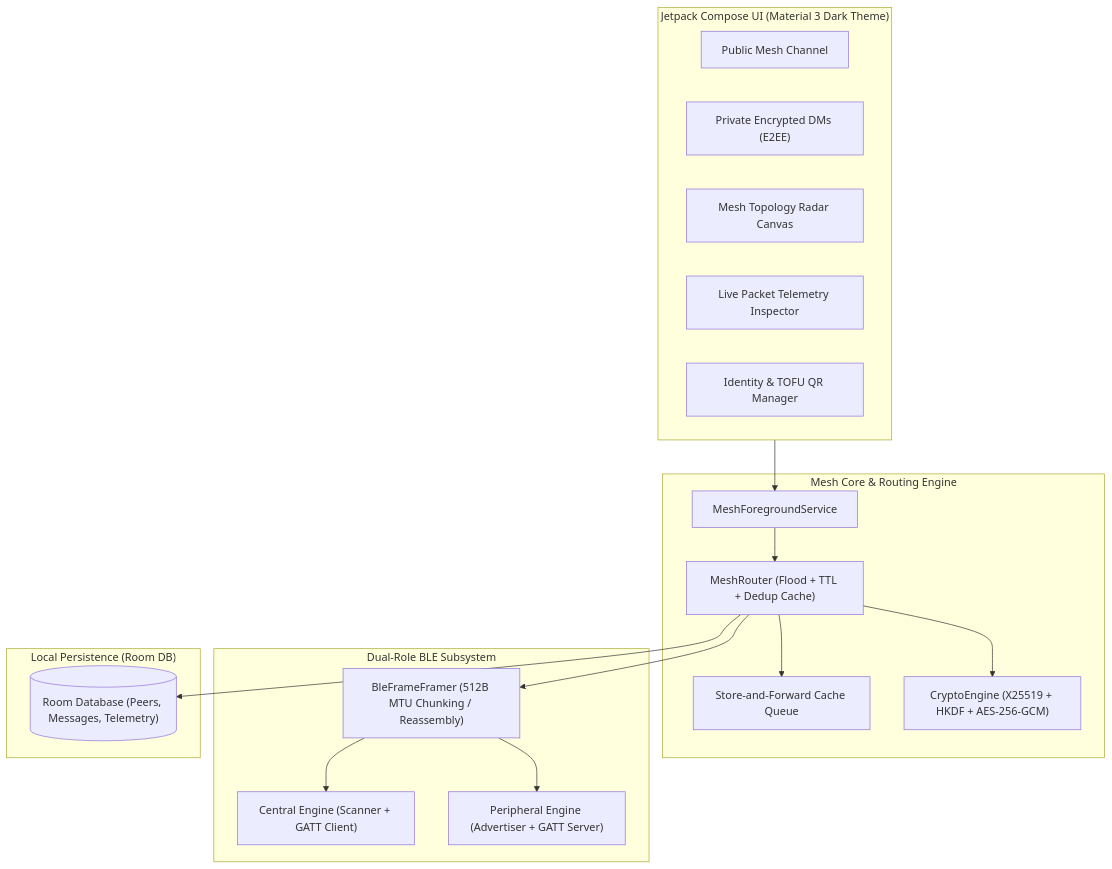
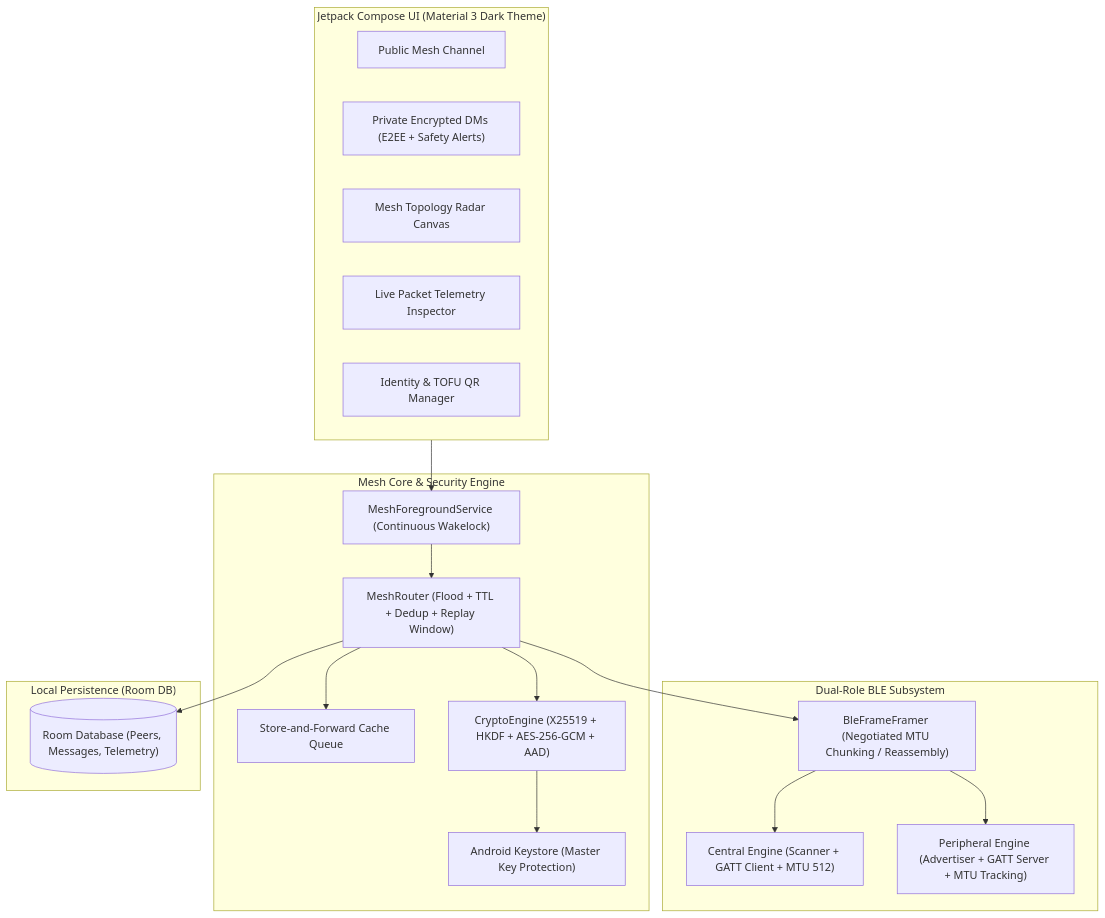
Before and after one commit to gintama1018/BIT-FOR-US: the first of 2 diagrams in README.md, drawn with Mermaid. The commit also changed other lines of this file and 14 other files, not shown here.

Commit message:
feat(security): WhatsApp/Signal-grade hardening, AEAD header AAD binding, Keystore encryption, MTU tracking, and TOFU safety alerts

````diff
--- a/README.md
+++ b/README.md
@@ -31,36 +32,38 @@
 ```mermaid
 graph TD
     subgraph UI ["Jetpack Compose UI (Material 3 Dark Theme)"]
         PublicChat["Public Mesh Channel"]
-        DirectChat["Private Encrypted DMs (E2EE)"]
+        DirectChat["Private Encrypted DMs (E2EE + Safety Alerts)"]
         MeshRadar["Mesh Topology Radar Canvas"]
         PacketLog["Live Packet Telemetry Inspector"]
         Identity["Identity & TOFU QR Manager"]
     end
 
-    subgraph Core ["Mesh Core & Routing Engine"]
-        MeshService["MeshForegroundService"]
-        MeshRouter["MeshRouter (Flood + TTL + Dedup Cache)"]
+    subgraph Core ["Mesh Core & Security Engine"]
+        MeshService["MeshForegroundService (Continuous Wakelock)"]
+        MeshRouter["MeshRouter (Flood + TTL + Dedup + Replay Window)"]
         StoreForward["Store-and-Forward Cache Queue"]
-        CryptoEngine["CryptoEngine (X25519 + HKDF + AES-256-GCM)"]
+        CryptoEngine["CryptoEngine (X25519 + HKDF + AES-256-GCM + AAD)"]
+        KeyStore["Android Keystore (Master Key Protection)"]
     end
 
     subgraph BLE ["Dual-Role BLE Subsystem"]
-        Central["Central Engine (Scanner + GATT Client)"]
-        Peripheral["Peripheral Engine (Advertiser + GATT Server)"]
-        Framer["BleFrameFramer (512B MTU Chunking / Reassembly)"]
+        Central["Central Engine (Scanner + GATT Client + MTU 512)"]
+        Peripheral["Peripheral Engine (Advertiser + GATT Server + MTU Tracking)"]
+        Framer["BleFrameFramer (Negotiated MTU Chunking / Reassembly)"]
     end
 
     subgraph Storage ["Local Persistence (Room DB)"]
         RoomDB[("Room Database (Peers, Messages, Telemetry)")]
     end
 
     UI --> MeshService
     MeshService --> MeshRouter
     MeshRouter --> CryptoEngine
+    CryptoEngine --> KeyStore
     MeshRouter --> StoreForward
     MeshRouter --> Framer
     Framer --> Central
     Framer --> Peripheral
     MeshRouter --> RoomDB
 ```
````
